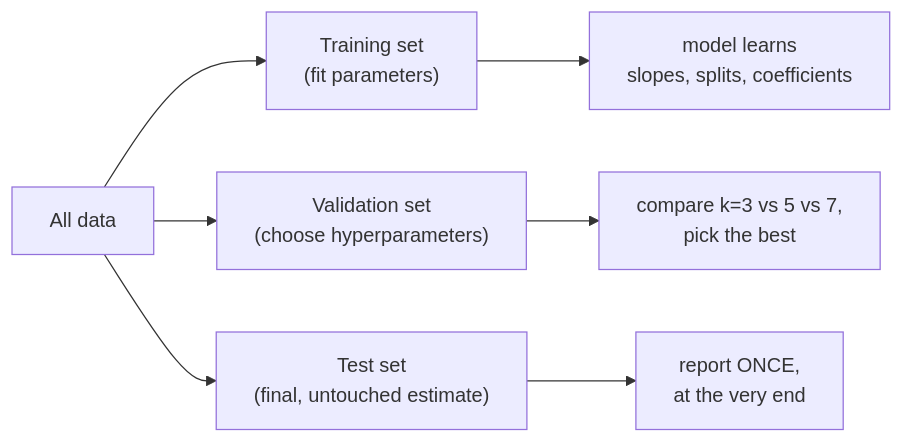
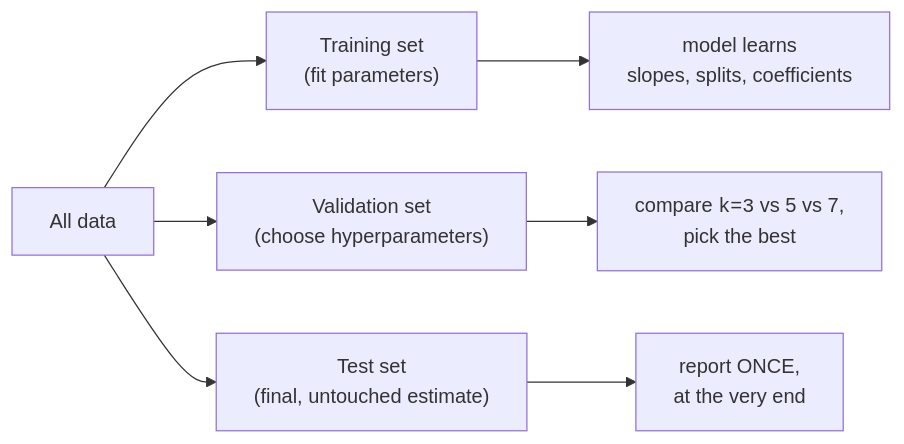
One commit to dataslope/dataslope changed the first of 3 diagrams in content/learn/machine-learning-scikit-learn/hyperparameter-tuning.mdx. Above: the diagram before and after it, drawn with Mermaid. The commit also changed 100 other files, not shown here.

First line of the commit message:
Wrap more code in diagram labels: filenames, hex, assignments, subgraph titles

````diff
--- a/content/learn/machine-learning-scikit-learn/hyperparameter-tuning.mdx
+++ b/content/learn/machine-learning-scikit-learn/hyperparameter-tuning.mdx
@@ -135,9 +135,9 @@
 ```mermaid
 flowchart LR
     A["All data"] --> B["Training set<br/>(fit parameters)"]
     A --> C["Validation set<br/>(choose hyperparameters)"]
     A --> D["Test set<br/>(final, untouched estimate)"]
     B --> E["model learns<br/>slopes, splits, coefficients"]
-    C --> F["compare k=3 vs 5 vs 7,<br/>pick the best"]
+    C --> F["compare <code>k=3</code> vs 5 vs 7,<br/>pick the best"]
     D --> G["report ONCE,<br/>at the very end"]
 ```
````
